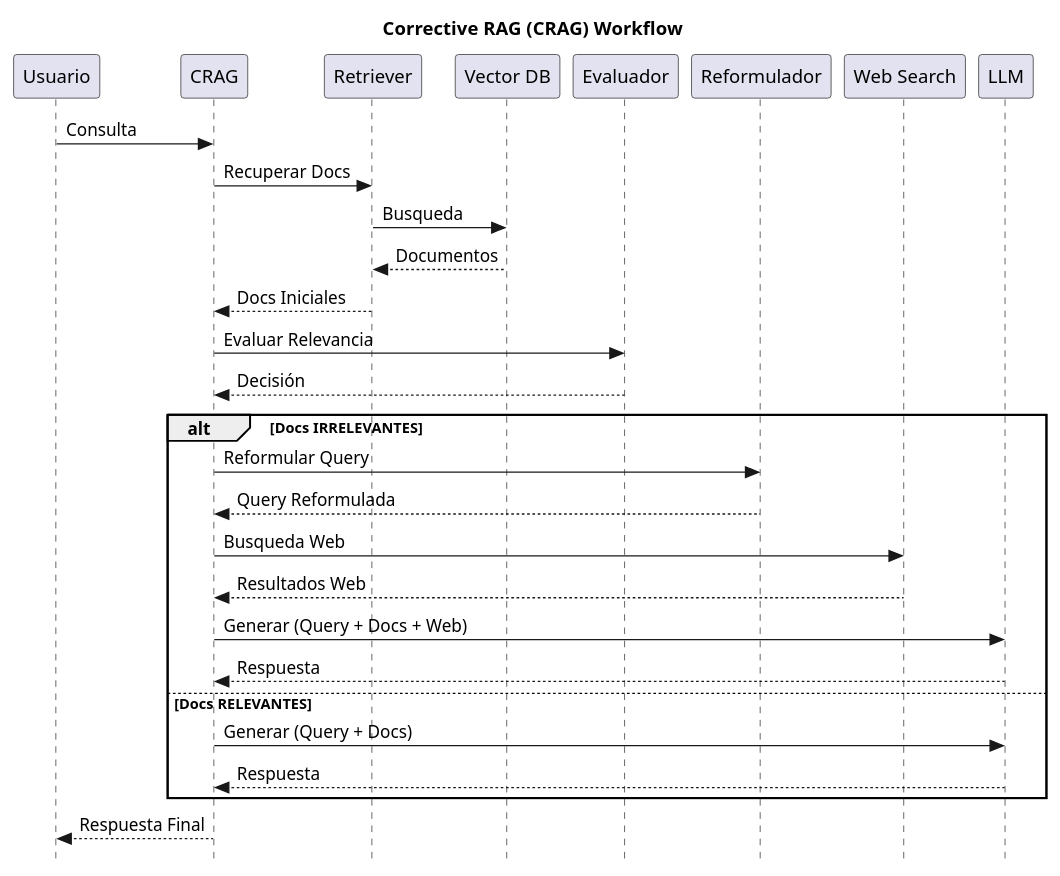
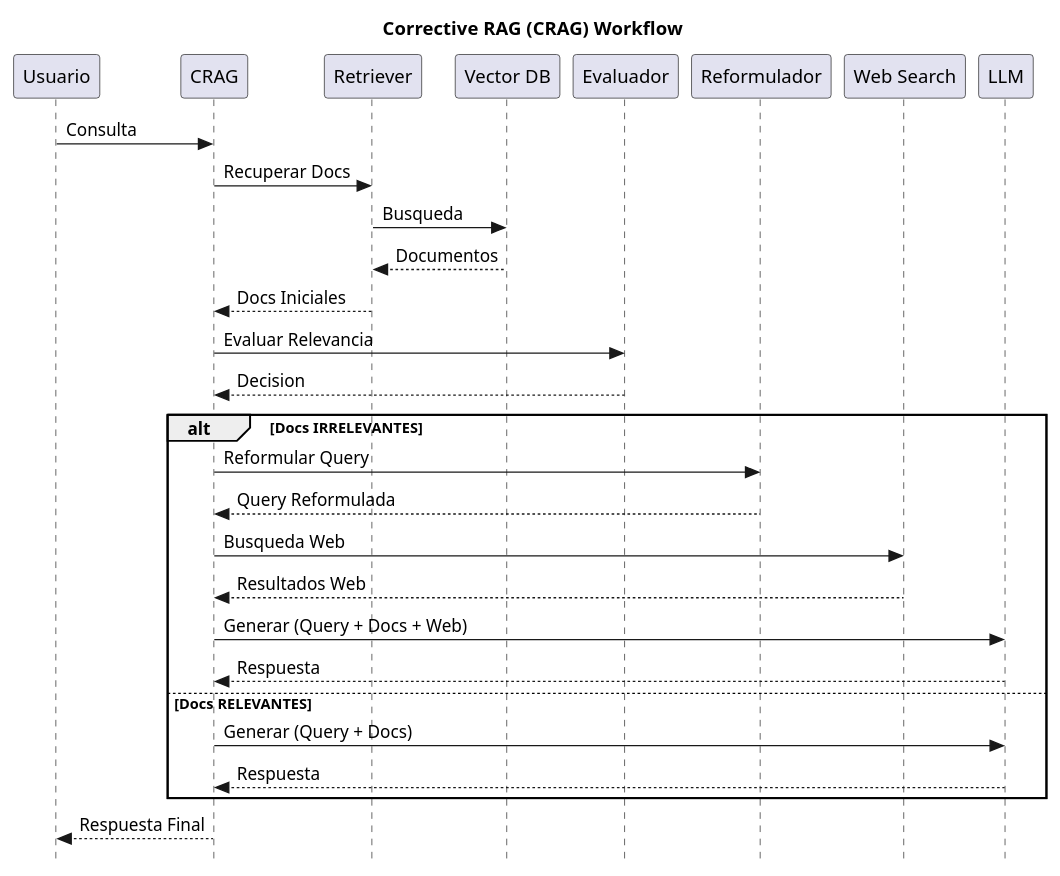
Before and after one commit to carloss4dv/langagent: the diagram in diagrams/crag.puml, drawn with PlantUML. The commit also changed 29 other files, not shown here.

```diff
--- a/diagrams/crag.puml
+++ b/diagrams/crag.puml
@@ -1,38 +1,38 @@
 @startuml
 skinparam style strictuml
 
 title Corrective RAG (CRAG) Workflow
 
 participant "Usuario" as User
 participant "CRAG" as System
 participant "Retriever" as Ret
 participant "Vector DB" as DB
 participant "Evaluador" as Eval
 participant "Reformulador" as Reform
 participant "Web Search" as Web
 participant "LLM" as Gen
 
 User -> System: Consulta
 System -> Ret: Recuperar Docs
 Ret -> DB: Busqueda
 DB --> Ret: Documentos
 Ret --> System: Docs Iniciales
 
 System -> Eval: Evaluar Relevancia
-Eval --> System: Decisión
+Eval --> System: Decision
 
 alt Docs IRRELEVANTES
     System -> Reform: Reformular Query
     Reform --> System: Query Reformulada
     System -> Web: Busqueda Web
     Web --> System: Resultados Web
     System -> Gen: Generar (Query + Docs + Web)
     Gen --> System: Respuesta
 else Docs RELEVANTES
     System -> Gen: Generar (Query + Docs)
     Gen --> System: Respuesta
 end
 
 System --> User: Respuesta Final
 
 @enduml
```
